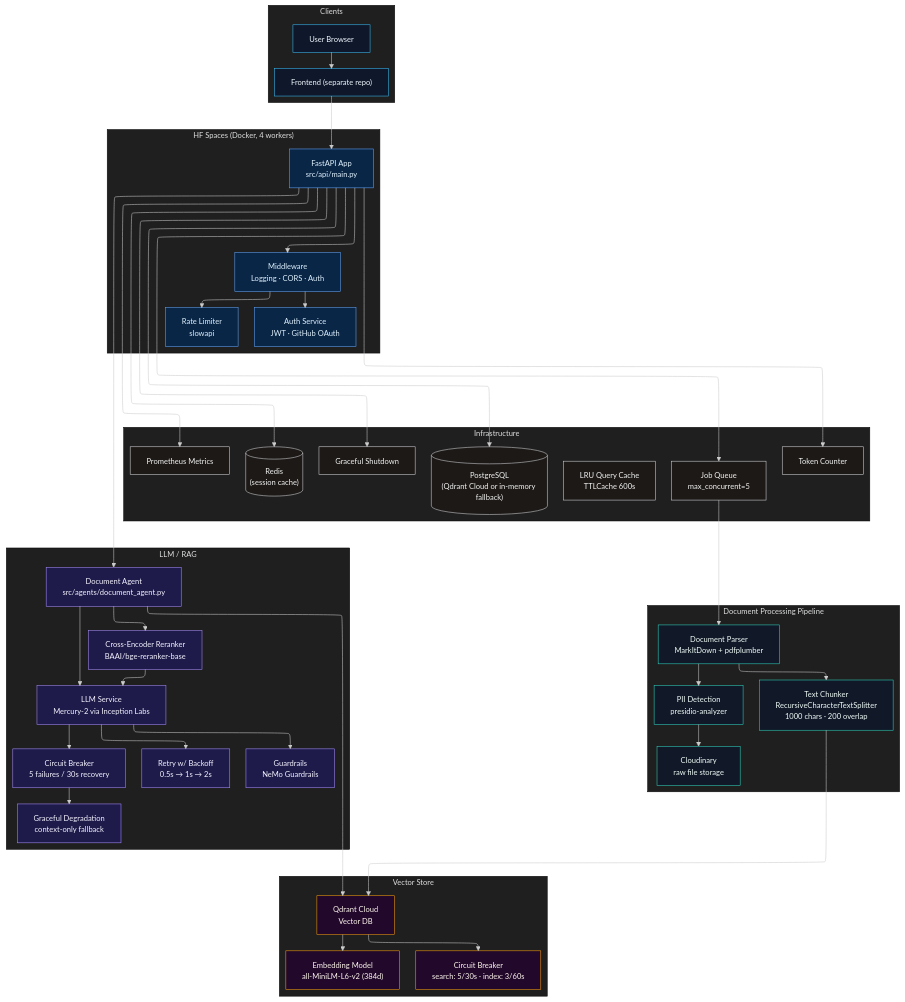
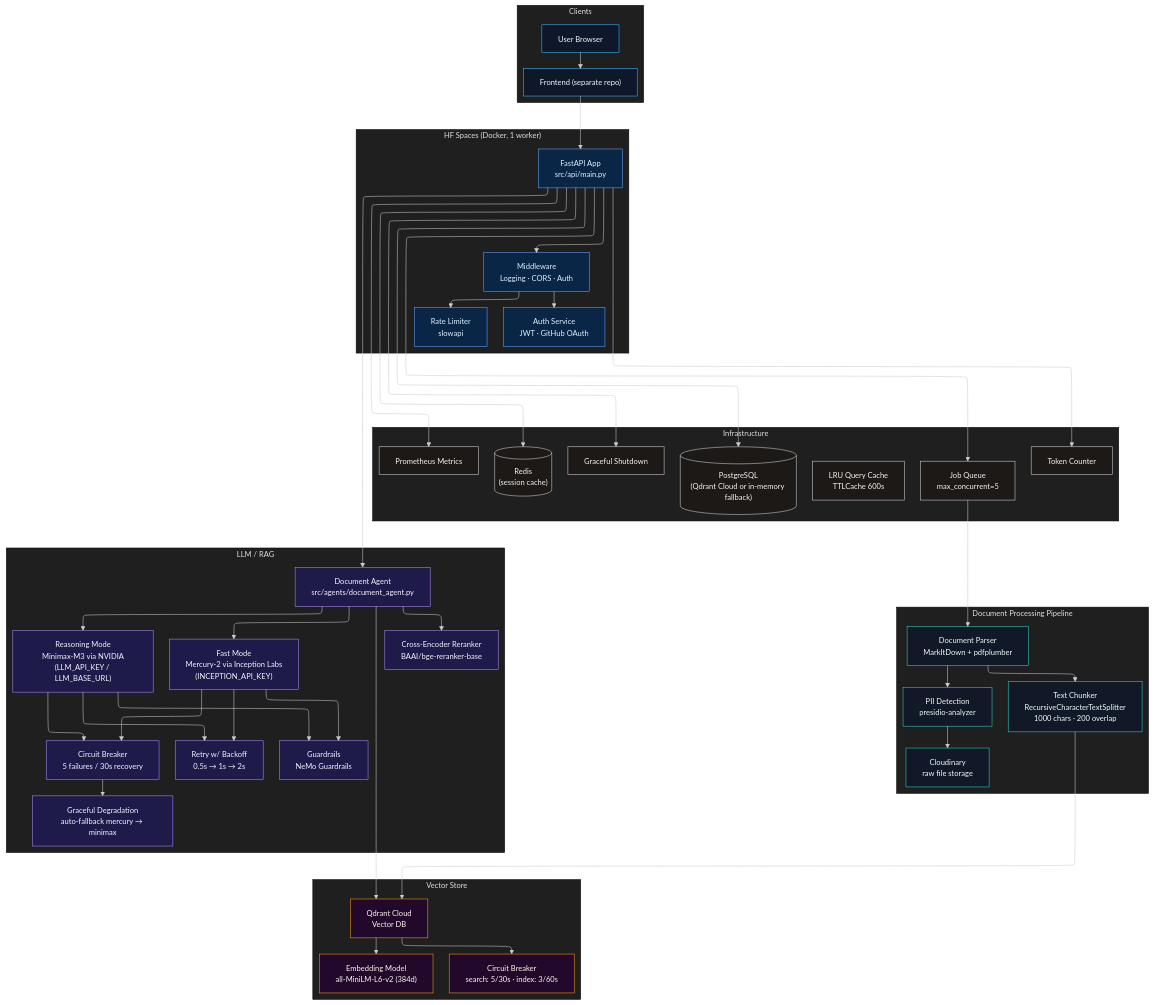
One commit to AKXLR8/vector-auditor changed the diagram in README.md. Above: the diagram before and after it, drawn with Mermaid. The commit also changed other lines of this file, not shown here.

Commit message:
Update README: dual LLM providers, 1 worker, JSON analyze, PII skips

````diff
--- a/README.md
+++ b/README.md
@@ -73,7 +75,7 @@
     FE["Frontend (separate repo)"]
   end
 
-  subgraph "HF Spaces (Docker, 4 workers)"
+  subgraph "HF Spaces (Docker, 1 worker)"
     API["FastAPI App<br/>src/api/main.py"]
     MW["Middleware<br/>Logging · CORS · Auth"]
     Auth["Auth Service<br/>JWT · GitHub OAuth"]
@@ -96,11 +98,12 @@
   subgraph "LLM / RAG"
     Agent["Document Agent<br/>src/agents/document_agent.py"]
     Reranker["Cross-Encoder Reranker<br/>BAAI/bge-reranker-base"]
-    LLM["LLM Service<br/>Mercury-2 via Inception Labs"]
+    MERCURY["Fast Mode<br/>Mercury-2 via Inception Labs<br/>(INCEPTION_API_KEY)"]
+    MINIMAX["Reasoning Mode<br/>Minimax-M3 via NVIDIA<br/>(LLM_API_KEY / LLM_BASE_URL)"]
     CB_L["Circuit Breaker<br/>5 failures / 30s recovery"]
     Retry["Retry w/ Backoff<br/>0.5s → 1s → 2s"]
     Guard["Guardrails<br/>NeMo Guardrails"]
-    Degrade["Graceful Degradation<br/>context-only fallback"]
+    Degrade["Graceful Degradation<br/>auto-fallback mercury → minimax"]
   end
 
   subgraph "Infrastructure"
@@ -126,11 +129,14 @@
   API --> Agent
   Agent --> Qdrant
   Agent --> Reranker
-  Reranker --> LLM
-  Agent --> LLM
-  LLM --> CB_L --> Degrade
-  LLM --> Retry
-  LLM --> Guard
+  Agent --> MERCURY
+  Agent --> MINIMAX
+  MERCURY --> CB_L --> Degrade
+  MERCURY --> Retry
+  MERCURY --> Guard
+  MINIMAX --> CB_L
+  MINIMAX --> Retry
+  MINIMAX --> Guard
 
   API --> PG
   API --> Redis
@@ -150,6 +156,6 @@
   class API,MW,Auth,Rate api
   class Parser,PII,Cloud,Chunker process
   class Qdrant,Embedder,CB_Q vector
-  class Agent,Reranker,LLM,CB_L,Retry,Guard,Degrade llm
+  class Agent,Reranker,MERCURY,MINIMAX,CB_L,Retry,Guard,Degrade llm
   class PG,Redis,JobQ,Metrics,Cache,Shutdown,TokenCounter infra
 ```
````
